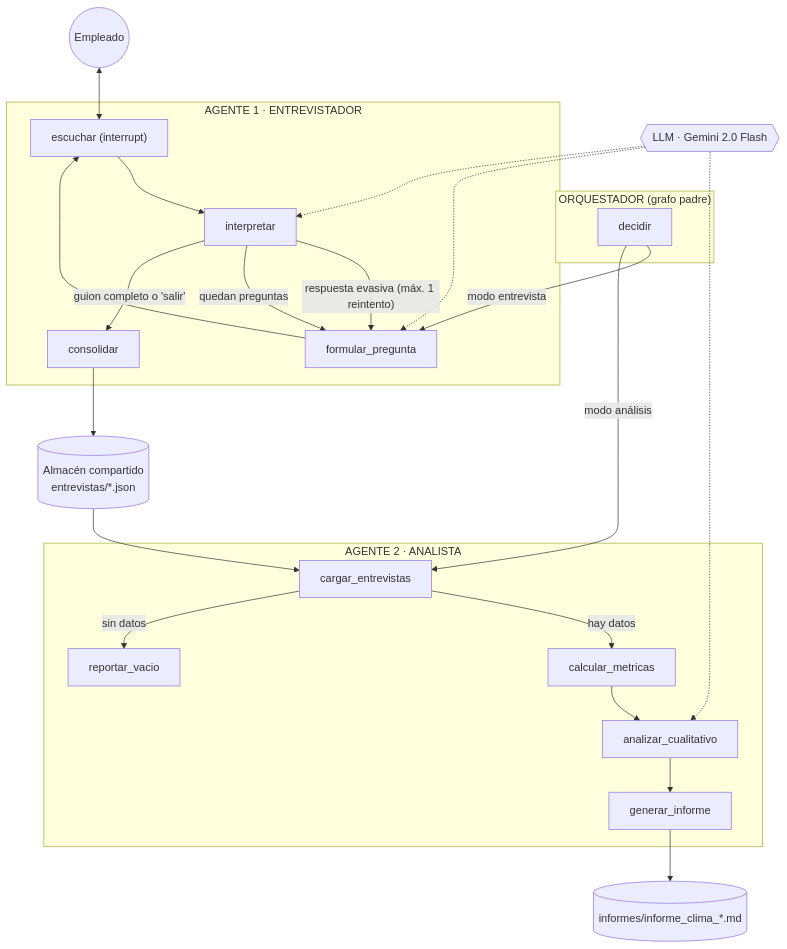
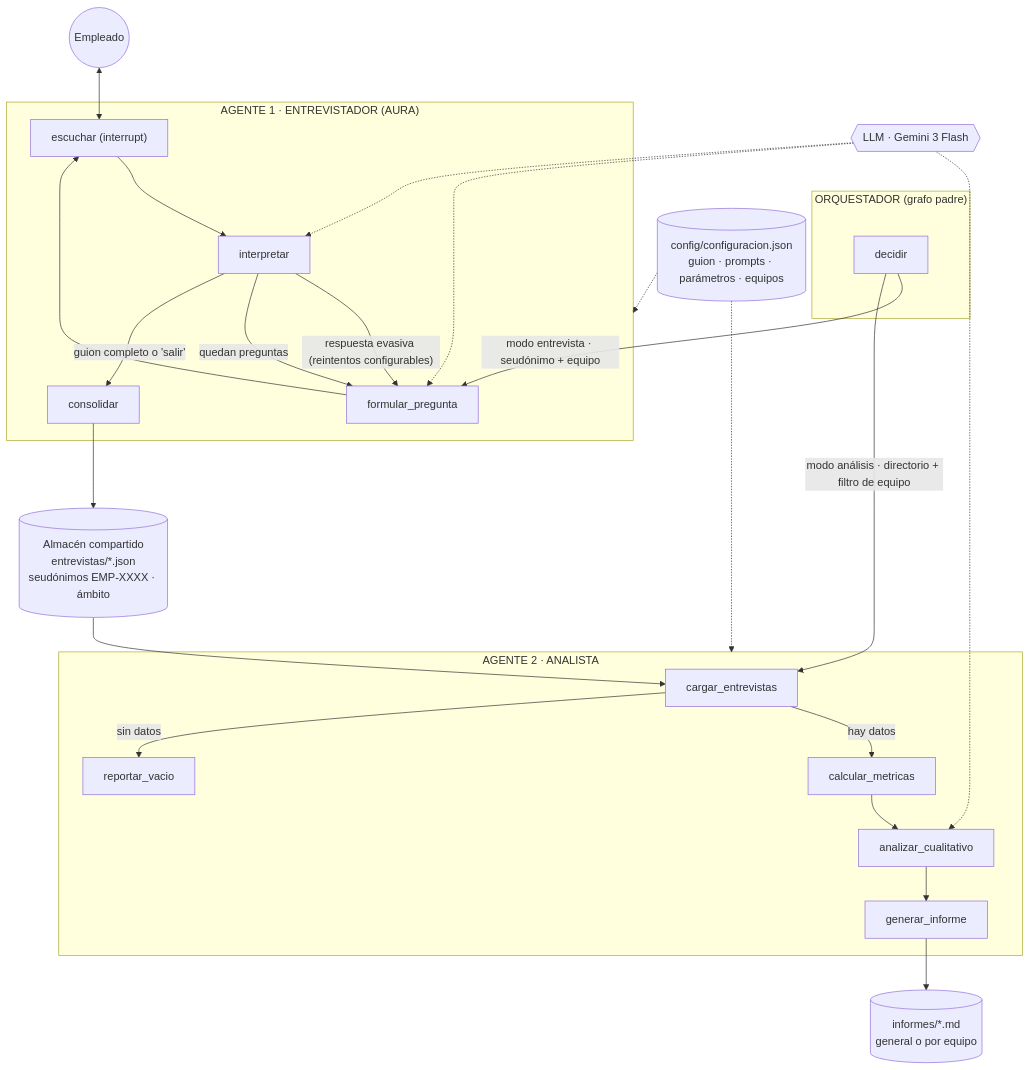
One commit to kucko/Prueba_Seti changed the diagram in docs/arquitectura.md. Above: the diagram before and after it, drawn with Mermaid. The commit also changed other lines of this file and 2 other files, not shown here.

Commit message:
Docs: README sincronizado, decisiones finales y diagrama de arquitectura

````diff
--- a/docs/arquitectura.md
+++ b/docs/arquitectura.md
@@ -16,34 +17,37 @@
 ```mermaid
 flowchart TB
     U((Empleado))
-    LLM{{"LLM · Gemini 2.0 Flash"}}
+    LLM{{"LLM · Gemini 3 Flash"}}
+    CFG[("config/configuracion.json<br/>guion · prompts · parámetros · equipos")]
 
     subgraph ORQ["ORQUESTADOR (grafo padre)"]
         D[decidir]
     end
 
-    subgraph A1["AGENTE 1 · ENTREVISTADOR"]
+    subgraph A1["AGENTE 1 · ENTREVISTADOR (AURA)"]
         F[formular_pregunta] --> E["escuchar (interrupt)"]
         E --> I[interpretar]
-        I -- "respuesta evasiva (máx. 1 reintento)" --> F
+        I -- "respuesta evasiva (reintentos configurables)" --> F
         I -- "quedan preguntas" --> F
         I -- "guion completo o 'salir'" --> C[consolidar]
     end
 
     subgraph A2["AGENTE 2 · ANALISTA"]
         L[cargar_entrevistas] -- "hay datos" --> M[calcular_metricas]
         L -- "sin datos" --> V[reportar_vacio]
         M --> Q[analizar_cualitativo]
         Q --> G[generar_informe]
     end
 
-    D -- "modo entrevista" --> F
-    D -- "modo análisis" --> L
+    D -- "modo entrevista · seudónimo + equipo" --> F
+    D -- "modo análisis · directorio + filtro de equipo" --> L
     U <--> E
-    C --> J[("Almacén compartido<br/>entrevistas/*.json")]
+    C --> J[("Almacén compartido<br/>entrevistas/*.json<br/>seudónimos EMP-XXXX · ámbito")]
     J --> L
-    G --> R[("informes/informe_clima_*.md")]
+    G --> R[("informes/*.md<br/>general o por equipo")]
     LLM -.-> F
     LLM -.-> I
     LLM -.-> Q
+    CFG -.-> A1
+    CFG -.-> A2
 ```
````
